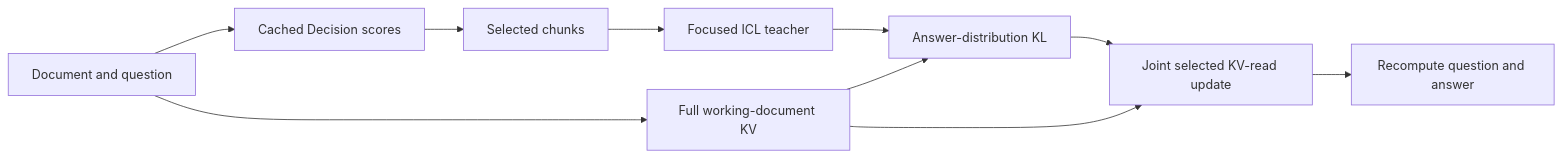
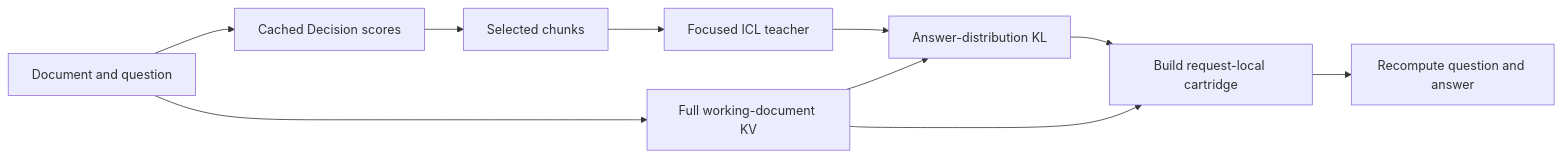
The diagram in README.md (XiangqiWang77/Masked-TTT), drawn with Mermaid before and after one commit. The commit also changed other lines of this file and 1 other file, not shown here.

Commit message:
Define request-local inference-time cartridge

````diff
--- a/README.md
+++ b/README.md
@@ -14,12 +20,12 @@
 ```mermaid
 flowchart LR
     D[Document and question] --> S[Cached Decision scores]
     S --> E[Selected chunks]
     E --> T[Focused ICL teacher]
     D --> K[Full working-document KV]
     T --> L[Answer-distribution KL]
     K --> L
-    L --> U[Joint selected KV-read update]
+    L --> U[Build request-local cartridge]
     K --> U
     U --> A[Recompute question and answer]
 ```
````
